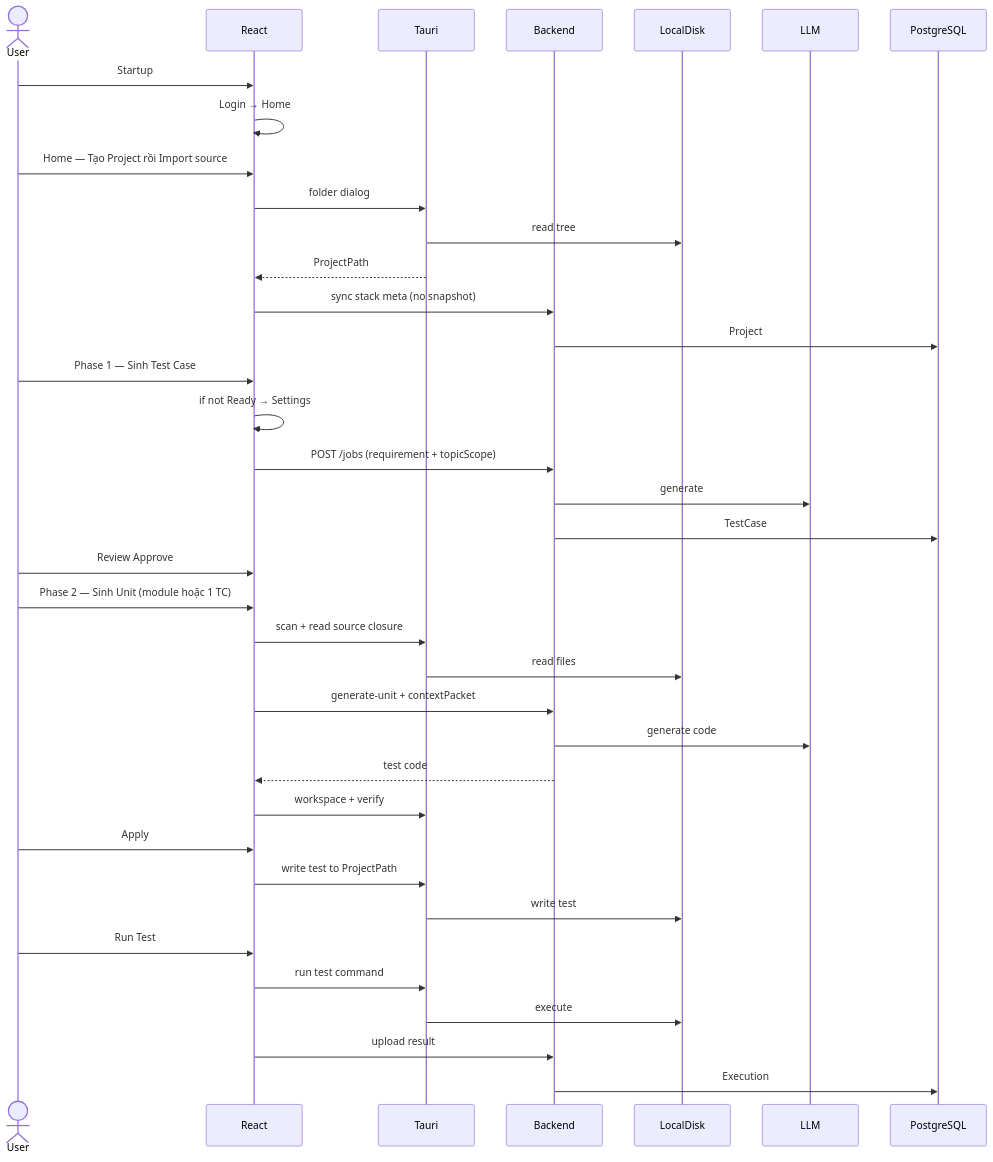
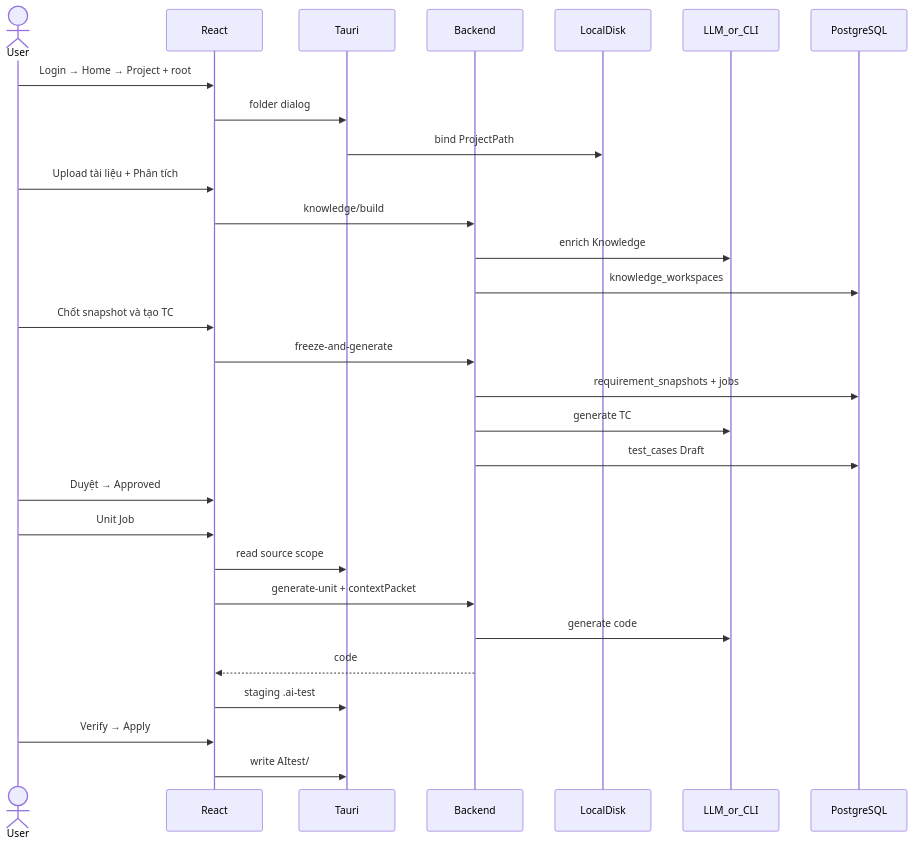
Before and after one commit to lehoailam1999/AiTest: the third of 3 diagrams in KIEN_TRUC_DU_AN.md, drawn with Mermaid. The commit also changed other lines of this file and 110 other files, not shown here.

````diff
--- a/KIEN_TRUC_DU_AN.md
+++ b/KIEN_TRUC_DU_AN.md
@@ -498,43 +312,35 @@
 ```mermaid
 sequenceDiagram
   actor User
   participant UI as React
   participant Tauri
   participant API as Backend
   participant Disk as LocalDisk
-  participant LLM as LLM
+  participant LLM as LLM_or_CLI
   participant DB as PostgreSQL
 
-  User->>UI: Startup
-  UI->>UI: Login → Home
-  User->>UI: Home — Tạo Project rồi Import source
+  User->>UI: Login → Home → Project + root
   UI->>Tauri: folder dialog
-  Tauri->>Disk: read tree
-  Tauri-->>UI: ProjectPath
-  UI->>API: sync stack meta (no snapshot)
-  API->>DB: Project
+  Tauri->>Disk: bind ProjectPath
 
-  User->>UI: Phase 1 — Sinh Test Case
-  UI->>UI: if not Ready → Settings
-  UI->>API: POST /jobs (requirement + topicScope)
-  API->>LLM: generate
-  API->>DB: TestCase
-  User->>UI: Review Approve
+  User->>UI: Upload tài liệu + Phân tích
+  UI->>API: knowledge/build
+  API->>LLM: enrich Knowledge
+  API->>DB: knowledge_workspaces
 
-  User->>UI: Phase 2 — Sinh Unit (module hoặc 1 TC)
-  UI->>Tauri: scan + read source closure
-  Tauri->>Disk: read files
+  User->>UI: Chốt snapshot và tạo TC
+  UI->>API: freeze-and-generate
+  API->>DB: requirement_snapshots + jobs
+  API->>LLM: generate TC
+  API->>DB: test_cases Draft
+  User->>UI: Duyệt → Approved
+
+  User->>UI: Unit Job
+  UI->>Tauri: read source scope
   UI->>API: generate-unit + contextPacket
   API->>LLM: generate code
-  API-->>UI: test code
-  UI->>Tauri: workspace + verify
-  User->>UI: Apply
-  UI->>Tauri: write test to ProjectPath
-  Tauri->>Disk: write test
-
-  User->>UI: Run Test
-  UI->>Tauri: run test command
-  Tauri->>Disk: execute
-  UI->>API: upload result
-  API->>DB: Execution
+  API-->>UI: code
+  UI->>Tauri: staging .ai-test
+  User->>UI: Verify → Apply
+  UI->>Tauri: write AItest/
 ```
````
